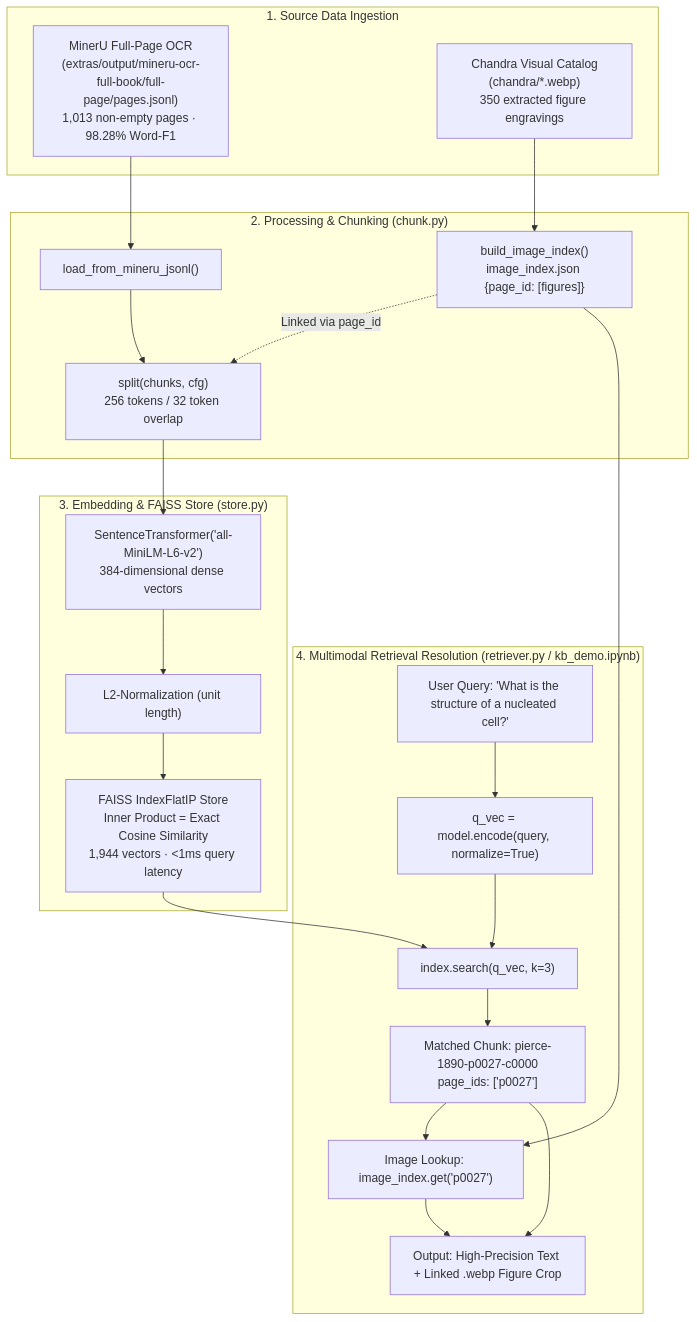
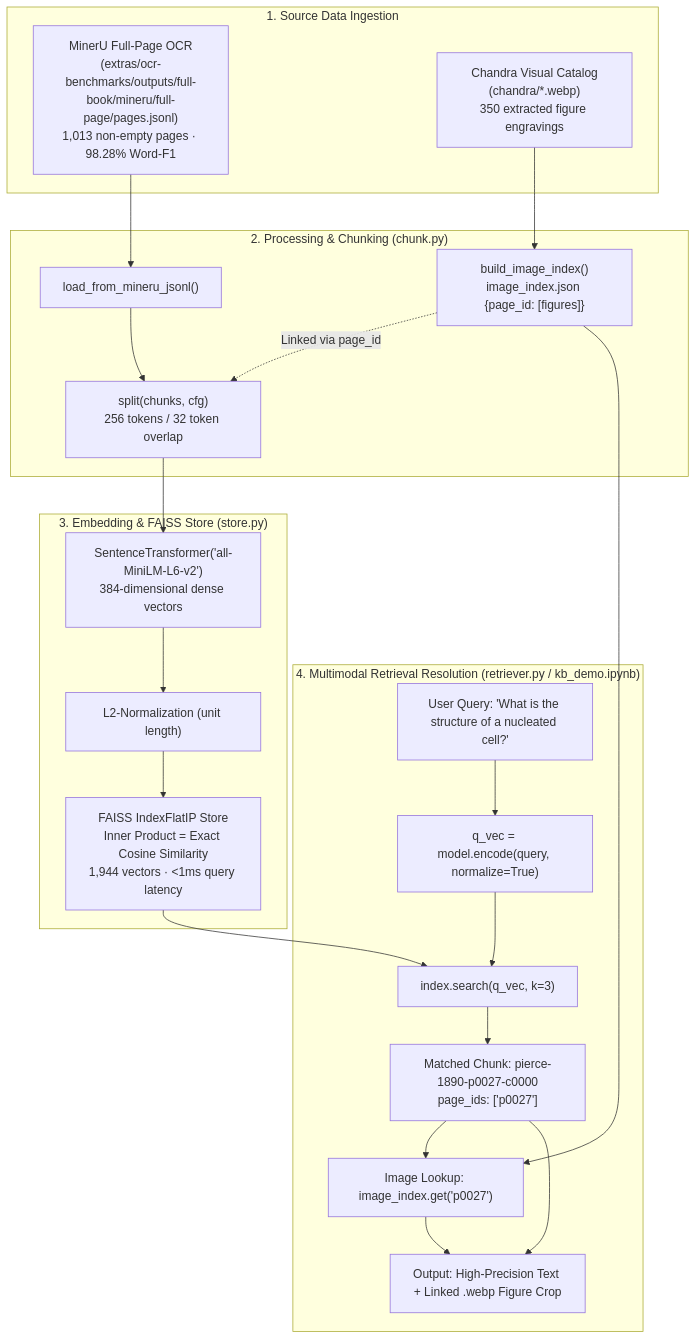
One commit to smammahdi/doc-agent-G07 changed the diagram in extras/research-notes/stage4_indexing_and_retrieval_guide.md. Above: the diagram before and after it, drawn with Mermaid. The commit also changed other lines of this file and 19 other files, not shown here.

````diff
--- a/extras/research-notes/stage4_indexing_and_retrieval_guide.md
+++ b/extras/research-notes/stage4_indexing_and_retrieval_guide.md
@@ -11,43 +11,43 @@
 ```mermaid
 graph TD
     subgraph "1. Source Data Ingestion"
-        A["MinerU Full-Page OCR<br/>(extras/output/mineru-ocr-full-book/full-page/pages.jsonl)<br/>1,013 non-empty pages · 98.28% Word-F1"]
+        A["MinerU Full-Page OCR<br/>(extras/ocr-benchmarks/outputs/full-book/mineru/full-page/pages.jsonl)<br/>1,013 non-empty pages · 98.28% Word-F1"]
         B["Chandra Visual Catalog<br/>(chandra/*.webp)<br/>350 extracted figure engravings"]
     end
 
     subgraph "2. Processing & Chunking (chunk.py)"
         C["load_from_mineru_jsonl()"]
         D["build_image_index()<br/>image_index.json {page_id: [figures]}"]
         E["split(chunks, cfg)<br/>256 tokens / 32 token overlap"]
         A --> C
         B --> D
         C --> E
         D -.-> |Linked via page_id| E
     end
 
     subgraph "3. Embedding & FAISS Store (store.py)"
         F["SentenceTransformer('all-MiniLM-L6-v2')<br/>384-dimensional dense vectors"]
         G["L2-Normalization (unit length)"]
         H["FAISS IndexFlatIP Store<br/>Inner Product = Exact Cosine Similarity<br/>1,944 vectors · <1ms query latency"]
         E --> F
         F --> G
         G --> H
     end
 
     subgraph "4. Multimodal Retrieval Resolution (retriever.py / kb_demo.ipynb)"
         I["User Query: 'What is the structure of a nucleated cell?'"]
         J["q_vec = model.encode(query, normalize=True)"]
         K["index.search(q_vec, k=3)"]
         L["Matched Chunk: pierce-1890-p0027-c0000<br/>page_ids: ['p0027']"]
         M["Image Lookup: image_index.get('p0027')"]
         N["Output: High-Precision Text + Linked .webp Figure Crop"]
         I --> J
         J --> K
         H --> K
         K --> L
         L --> M
         D --> M
         L --> N
         M --> N
     end
 ```
````
